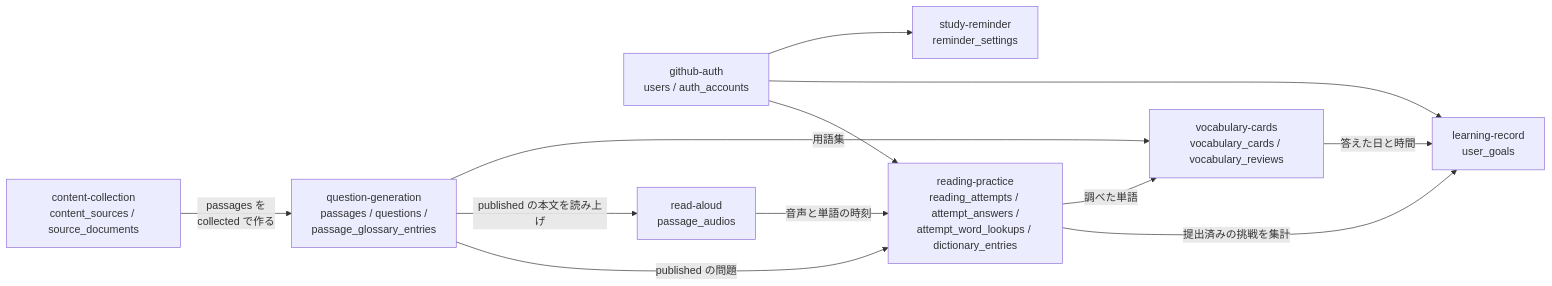
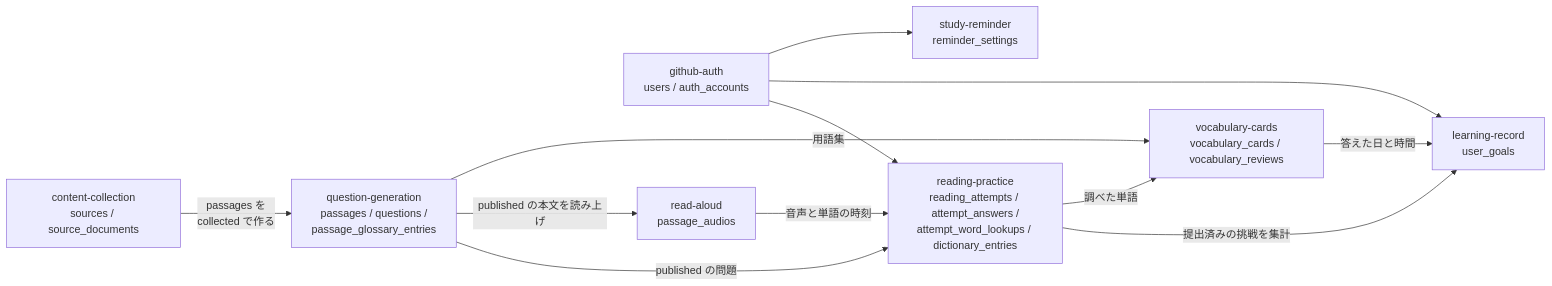
Before and after one commit to kentakki416/tech-english: the first of 5 diagrams in docs/spec/product-overview/README.md, drawn with Mermaid. The commit also changed other lines of this file and 201 other files, not shown here.

Commit message:
refactor: ソースの名前を content-source から source にそろえる（テーブル・API の path・admin の URL・識別子・ファイル名）

````diff
--- a/docs/spec/product-overview/README.md
+++ b/docs/spec/product-overview/README.md
@@ -142,23 +142,23 @@
 ```mermaid
 flowchart LR
     auth["github-auth<br/>users / auth_accounts"]
-    collect["content-collection<br/>content_sources / source_documents"]
+    collect["content-collection<br/>sources / source_documents"]
     gen["question-generation<br/>passages / questions /<br/>passage_glossary_entries"]
     practice["reading-practice<br/>reading_attempts / attempt_answers /<br/>attempt_word_lookups / dictionary_entries"]
     record["learning-record<br/>user_goals"]
     remind["study-reminder<br/>reminder_settings"]
     aloud["read-aloud<br/>passage_audios"]
     vocab["vocabulary-cards<br/>vocabulary_cards / vocabulary_reviews"]
 
     collect -->|"passages を<br/>collected で作る"| gen
     gen -->|"published の問題"| practice
     auth --> practice
     practice -->|"提出済みの挑戦を集計"| record
     auth --> record
     auth --> remind
     gen -->|"published の本文を読み上げ"| aloud
     aloud -->|"音声と単語の時刻"| practice
     practice -->|"調べた単語"| vocab
     gen -->|"用語集"| vocab
     vocab -->|"答えた日と時間"| record
 ```
````
